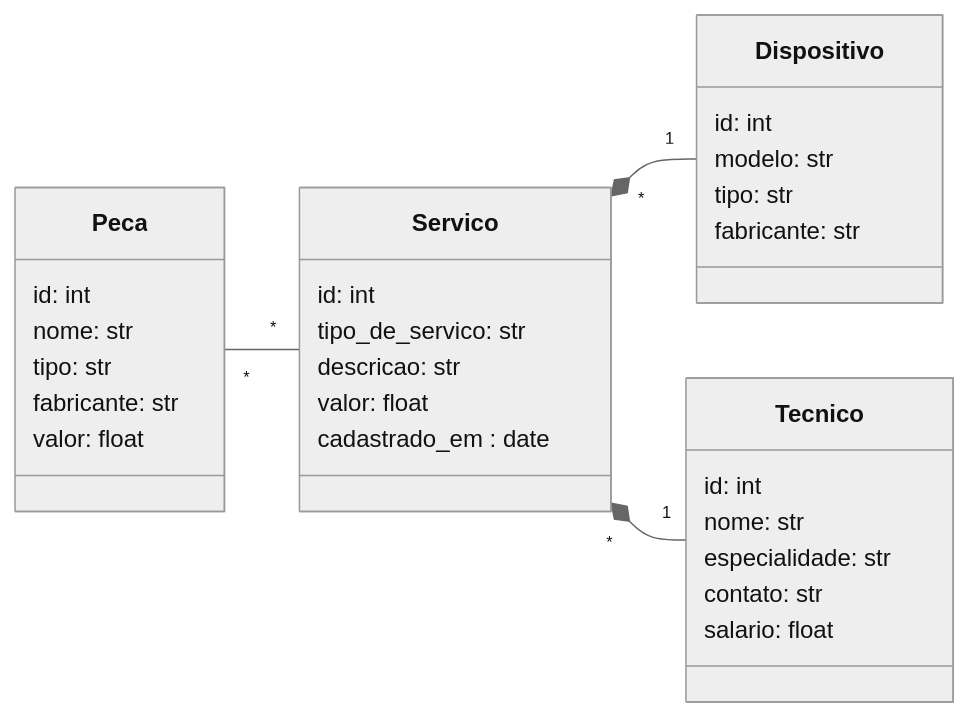
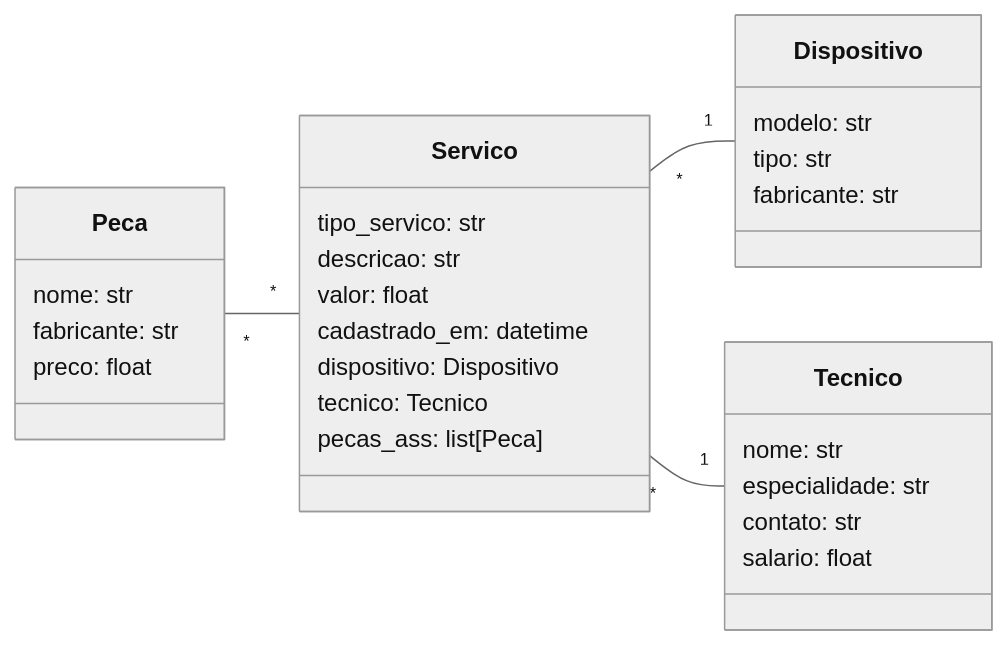
One commit to ItaloMaia17/entrega-3-persist changed the diagram in README.md. Above: the diagram before and after it, drawn with Mermaid (neutral theme). The commit also changed other lines of this file and 2 other files, not shown here.

Commit message:
Projeto finalizado

````diff
--- a/README.md
+++ b/README.md
@@ -19,37 +19,34 @@
 ```mermaid
 
 classDiagram
     direction RL
      class Dispositivo {
-        id: int
-        modelo: str
-        tipo: str
-        fabricante: str
-    }
-    class Peca {
-        id: int
-        nome: str 
-        tipo: str  
-        fabricante: str 
-        valor: float
-    }
-    class Servico {
-        id: int
-        tipo_de_servico: str
-        descricao: str
-        valor: float
-        cadastrado_em : date
-    }
-    class Tecnico {
-        id: int 
-        nome: str 
-        especialidade: str
-        contato: str
-        salario: float
-    }
-
-    Dispositivo "1"--*"*" Servico
-    Tecnico "1"--*"*" Servico
+    modelo: str
+    tipo: str
+    fabricante: str
+}
+class Peca{
+    nome: str
+    fabricante: str
+    preco: float
+}
+class Tecnico {
+    nome: str
+    especialidade: str
+    contato: str
+    salario: float
+}
+class Servico {
+    tipo_servico: str
+    descricao: str
+    valor: float
+    cadastrado_em: datetime
+    dispositivo: Dispositivo
+    tecnico: Tecnico
+    pecas_ass: list[Peca]
+}
+    Dispositivo "1"--"*" Servico
+    Tecnico "1"--"*" Servico
     Servico "*"--"*" Peca
 
 ```
````
